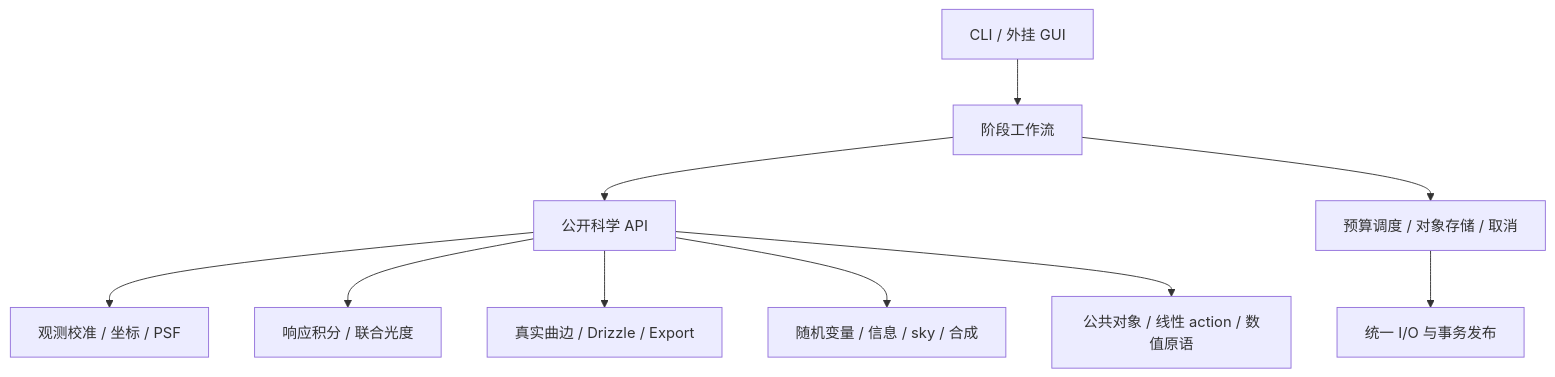
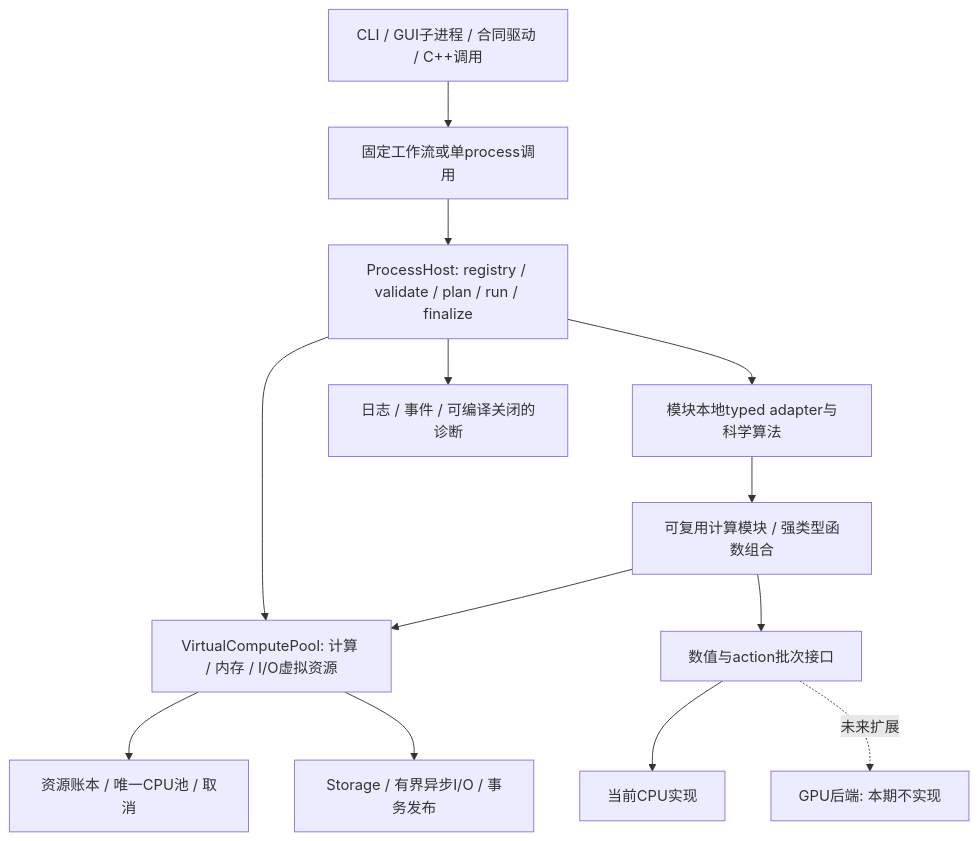
Before and after one commit to fujiaze/Astro-CS-Database: the diagram in docs/engineering/rebuild/SYSTEM.md, drawn with Mermaid. The commit also changed other lines of this file and 55 other files, not shown here.

First line of the commit message:
docs(v2): define virtual compute framework and modular scientific processes

````diff
--- a/docs/engineering/rebuild/SYSTEM.md
+++ b/docs/engineering/rebuild/SYSTEM.md
@@ -7,12 +9,15 @@
 ```mermaid
 flowchart TD
-    CLI[CLI / 外挂 GUI] --> WF[阶段工作流]
-    WF --> SCI[公开科学 API]
-    SCI --> O[观测校准 / 坐标 / PSF]
-    SCI --> P[响应积分 / 联合光度]
-    SCI --> G[真实曲边 / Drizzle / Export]
-    SCI --> S[随机变量 / 信息 / sky / 合成]
-    WF --> RT[预算调度 / 对象存储 / 取消]
-    RT --> IO[统一 I/O 与事务发布]
-    SCI --> C[公共对象 / 线性 action / 数值原语]
+    U[CLI / GUI子进程 / 合同驱动 / C++调用] --> W[固定工作流或单process调用]
+    W --> F[ProcessHost: registry / validate / plan / run / finalize]
+    F --> P[模块本地typed adapter与科学算法]
+    F --> V[VirtualComputePool: 计算 / 内存 / I/O虚拟资源]
+    V --> R[资源账本 / 唯一CPU池 / 取消]
+    V --> S[Storage / 有界异步I/O / 事务发布]
+    F --> D[日志 / 事件 / 可编译关闭的诊断]
+    P --> M[可复用计算模块 / 强类型函数组合]
+    M --> V
+    M --> K[数值与action批次接口]
+    K --> C[当前CPU实现]
+    K -. 未来扩展 .-> G[GPU后端: 本期不实现]
 ```
````
